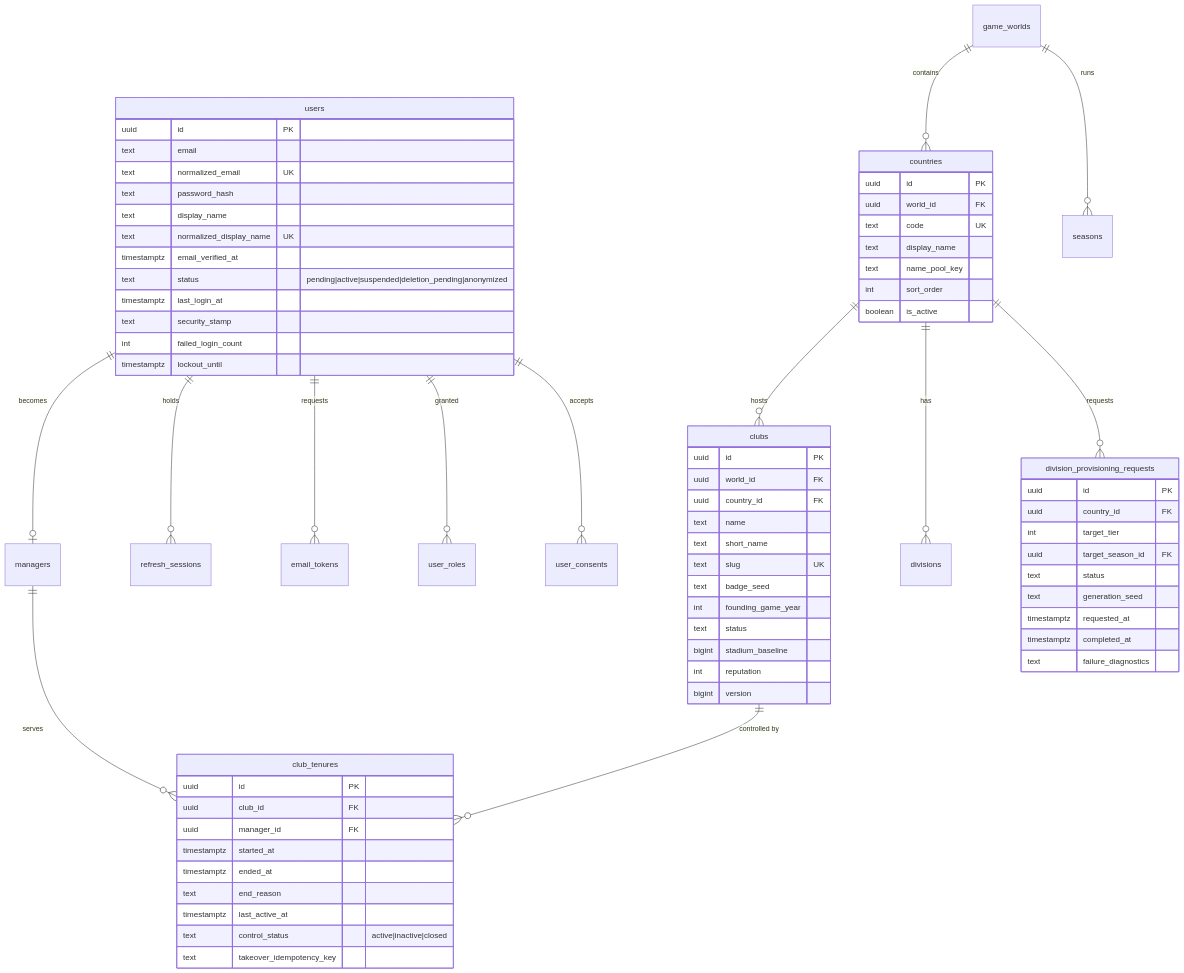
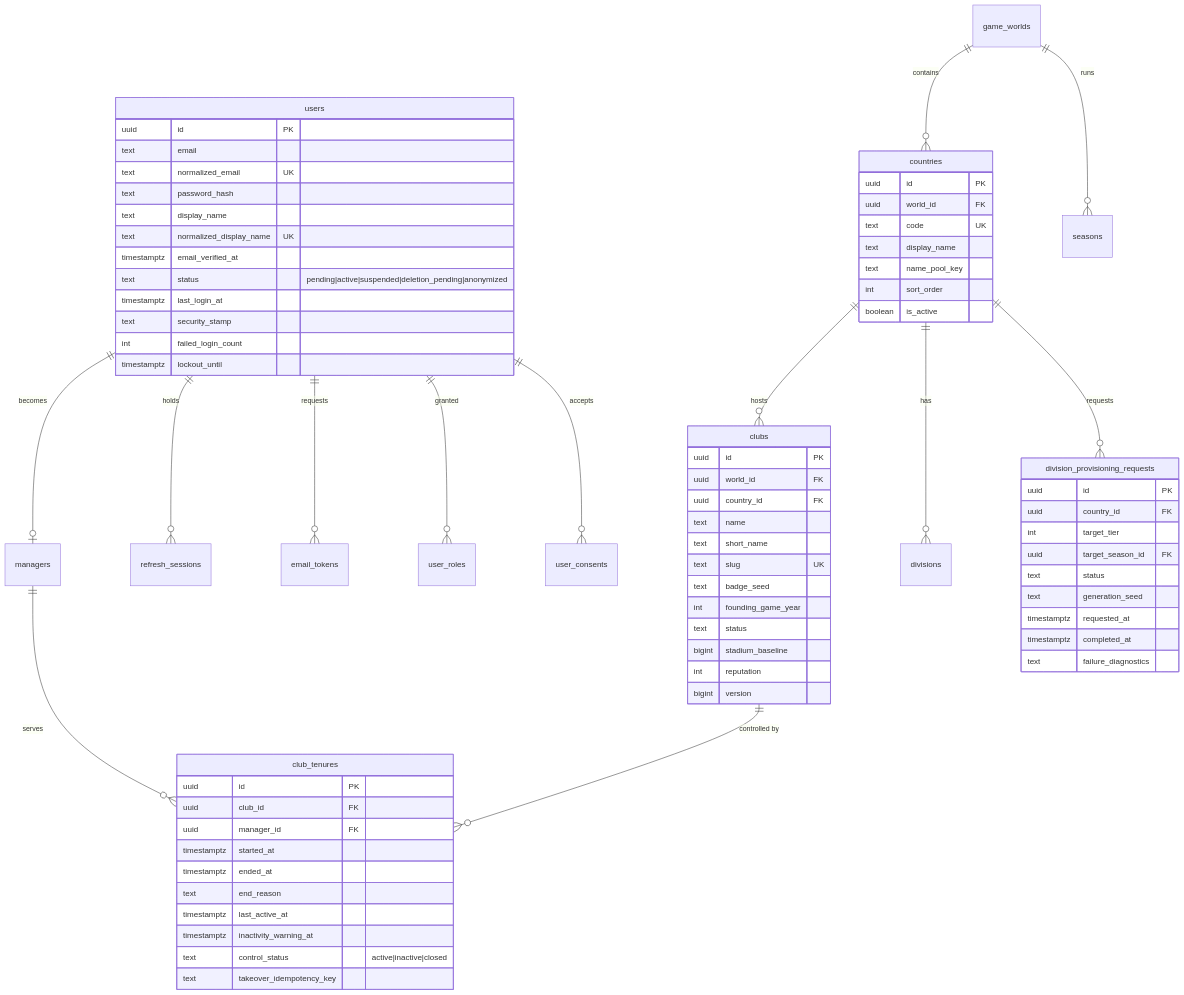
One commit to EndAroundCarry/touchline-manager-online changed the second of 5 diagrams in docs/architecture/data-model.md. Above: the diagram before and after it, drawn with Mermaid. The commit also changed other lines of this file and 37 other files, not shown here.

````diff
--- a/docs/architecture/data-model.md
+++ b/docs/architecture/data-model.md
@@ -141,75 +141,76 @@
 ```mermaid
 erDiagram
     users ||--o| managers : "becomes"
     users ||--o{ refresh_sessions : "holds"
     users ||--o{ email_tokens : "requests"
     users ||--o{ user_roles : "granted"
     users ||--o{ user_consents : "accepts"
     managers ||--o{ club_tenures : "serves"
     game_worlds ||--o{ countries : "contains"
     game_worlds ||--o{ seasons : "runs"
     countries ||--o{ clubs : "hosts"
     countries ||--o{ divisions : "has"
     countries ||--o{ division_provisioning_requests : "requests"
     clubs ||--o{ club_tenures : "controlled by"
 
     users {
         uuid id PK
         text email
         text normalized_email UK
         text password_hash
         text display_name
         text normalized_display_name UK
         timestamptz email_verified_at
         text status "pending|active|suspended|deletion_pending|anonymized"
         timestamptz last_login_at
         text security_stamp
         int failed_login_count
         timestamptz lockout_until
     }
     club_tenures {
         uuid id PK
         uuid club_id FK
         uuid manager_id FK
         timestamptz started_at
         timestamptz ended_at
         text end_reason
         timestamptz last_active_at
+        timestamptz inactivity_warning_at
         text control_status "active|inactive|closed"
         text takeover_idempotency_key
     }
     clubs {
         uuid id PK
         uuid world_id FK
         uuid country_id FK
         text name
         text short_name
         text slug UK
         text badge_seed
         int founding_game_year
         text status
         bigint stadium_baseline
         int reputation
         bigint version
     }
     countries {
         uuid id PK
         uuid world_id FK
         text code UK
         text display_name
         text name_pool_key
         int sort_order
         boolean is_active
     }
     division_provisioning_requests {
         uuid id PK
         uuid country_id FK
         int target_tier
         uuid target_season_id FK
         text status
         text generation_seed
         timestamptz requested_at
         timestamptz completed_at
         text failure_diagnostics
     }
 ```
````
